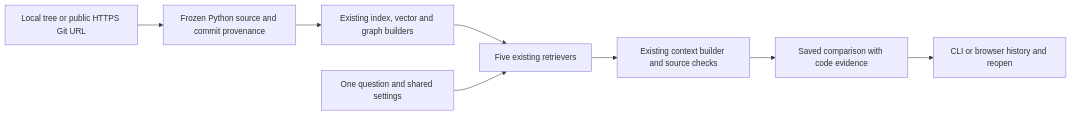
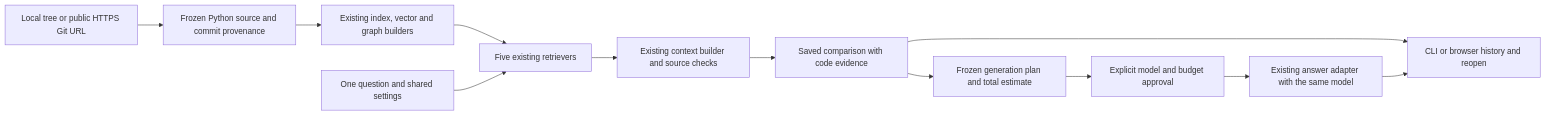
One commit to Shenggyyy/structure-aware-code-retrieval changed the second of 2 diagrams in docs/architecture.md. Above: the diagram before and after it, drawn with Mermaid. The commit also changed other lines of this file and 16 other files, not shown here.

Commit message:
Add approved five-strategy answer generation to the workbench

````diff
--- a/docs/architecture.md
+++ b/docs/architecture.md
@@ -136,10 +139,14 @@
 ```mermaid
 flowchart LR
     S[Local tree or public HTTPS Git URL] --> F[Frozen Python source and commit provenance]
     F --> P[Existing index, vector and graph builders]
     P --> R[Five existing retrievers]
     Q[One question and shared settings] --> R
     R --> C[Existing context builder and source checks]
     C --> H[Saved comparison with code evidence]
     H --> V[CLI or browser history and reopen]
+    H --> G[Frozen generation plan and total estimate]
+    G --> A[Explicit model and budget approval]
+    A --> L[Existing answer adapter with the same model]
+    L --> V
 ```
````
